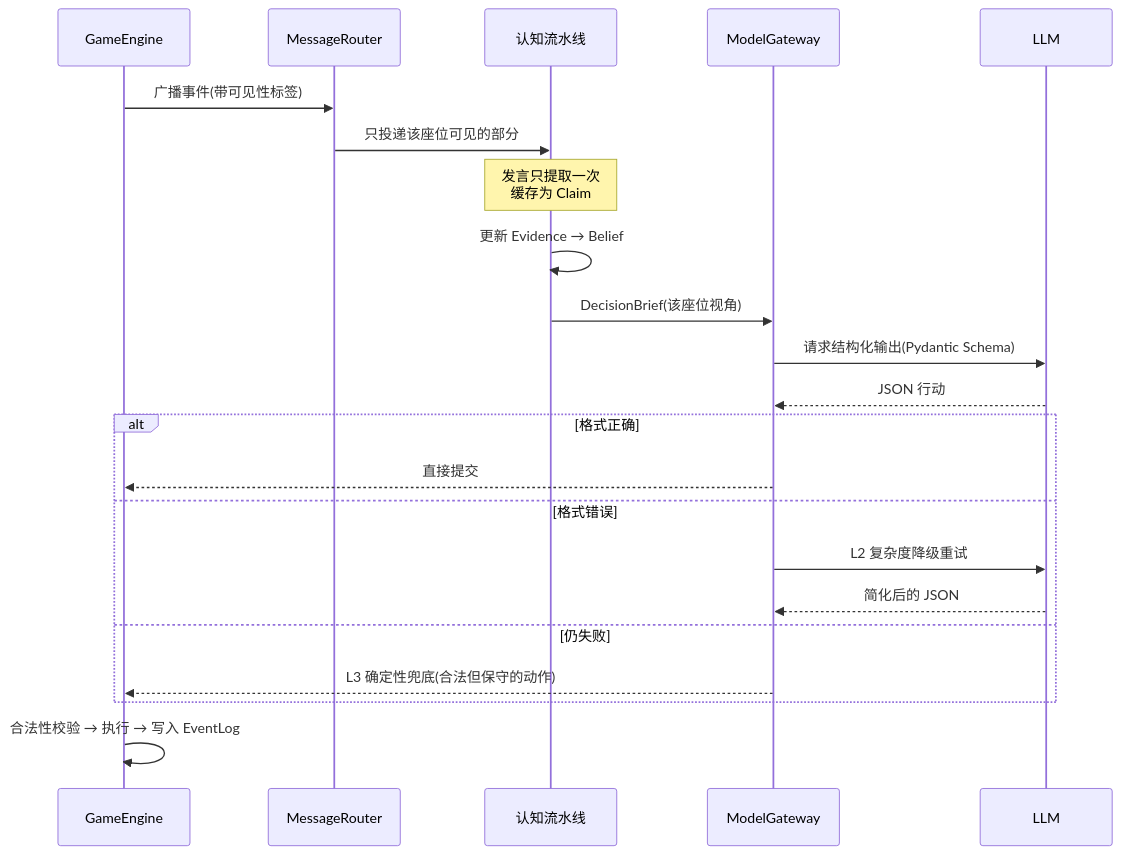
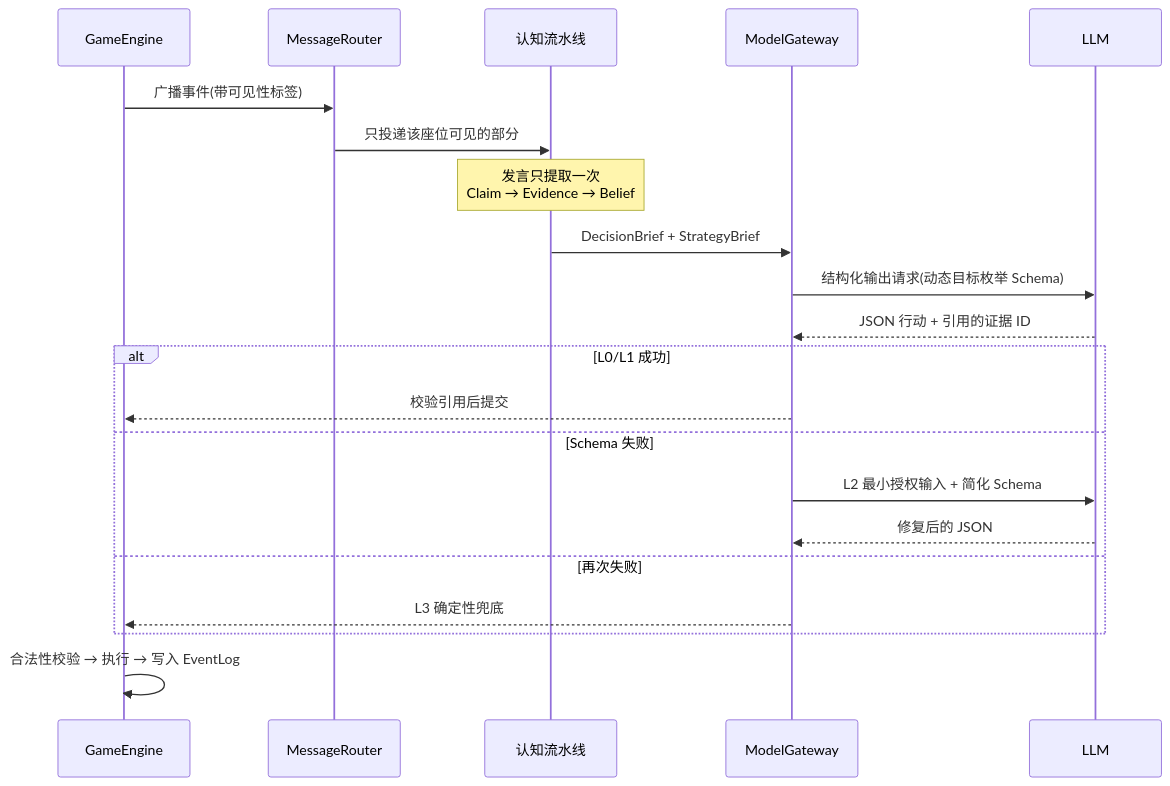
The third of 3 diagrams in README.md (tangyutong2017-dot/wolfscope), drawn with Mermaid before and after one commit. The commit also changed other lines of this file, not shown here.

````diff
--- a/README.md
+++ b/README.md
@@ -118,27 +240,26 @@
 ```mermaid
 sequenceDiagram
     participant E as GameEngine
     participant R as MessageRouter
     participant C as 认知流水线
     participant G as ModelGateway
     participant M as LLM
 
     E->>R: 广播事件(带可见性标签)
     R->>C: 只投递该座位可见的部分
-    Note over C: 发言只提取一次<br/>缓存为 Claim
-    C->>C: 更新 Evidence → Belief
-    C->>G: DecisionBrief(该座位视角)
-    G->>M: 请求结构化输出(Pydantic Schema)
-    M-->>G: JSON 行动
+    Note over C: 发言只提取一次<br/>Claim → Evidence → Belief
+    C->>G: DecisionBrief + StrategyBrief
+    G->>M: 结构化输出请求(动态目标枚举 Schema)
+    M-->>G: JSON 行动 + 引用的证据 ID
 
-    alt 格式正确
-        G-->>E: 直接提交
-    else 格式错误
-        G->>M: L2 复杂度降级重试
-        M-->>G: 简化后的 JSON
-    else 仍失败
-        G-->>E: L3 确定性兜底(合法但保守的动作)
+    alt L0/L1 成功
+        G-->>E: 校验引用后提交
+    else Schema 失败
+        G->>M: L2 最小授权输入 + 简化 Schema
+        M-->>G: 修复后的 JSON
+    else 再次失败
+        G-->>E: L3 确定性兜底
     end
 
     E->>E: 合法性校验 → 执行 → 写入 EventLog
 ```
````
